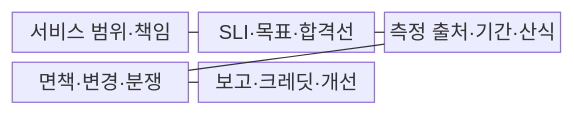
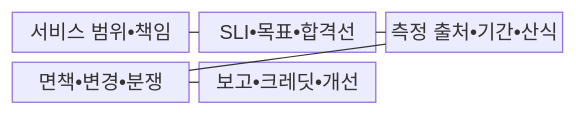
The first of 2 diagrams in src/content/docs/notes/06-evaluation/014_service_level_agreement.md (agnusdei1207/knowledge-base), drawn with Mermaid before and after one commit. The commit also changed other lines of this file and 953 other files, not shown here.

````diff
--- a/src/content/docs/notes/06-evaluation/014_service_level_agreement.md
+++ b/src/content/docs/notes/06-evaluation/014_service_level_agreement.md
@@ -63,13 +63,13 @@
 ```mermaid
 block-beta
   columns 3
-  S["서비스 범위·책임"]
-  I["SLI·목표·합격선"]
-  M["측정 출처·기간·산식"]
-  E["면책·변경·분쟁"]
-  C["보고·크레딧·개선"]
+  S["서비스 범위•책임"]
+  I["SLI•목표•합격선"]
+  M["측정 출처•기간•산식"]
+  E["면책•변경•분쟁"]
+  C["보고•크레딧•개선"]
   S --- I
   I --- M
   M --- E
   E --- C
 ```
````
